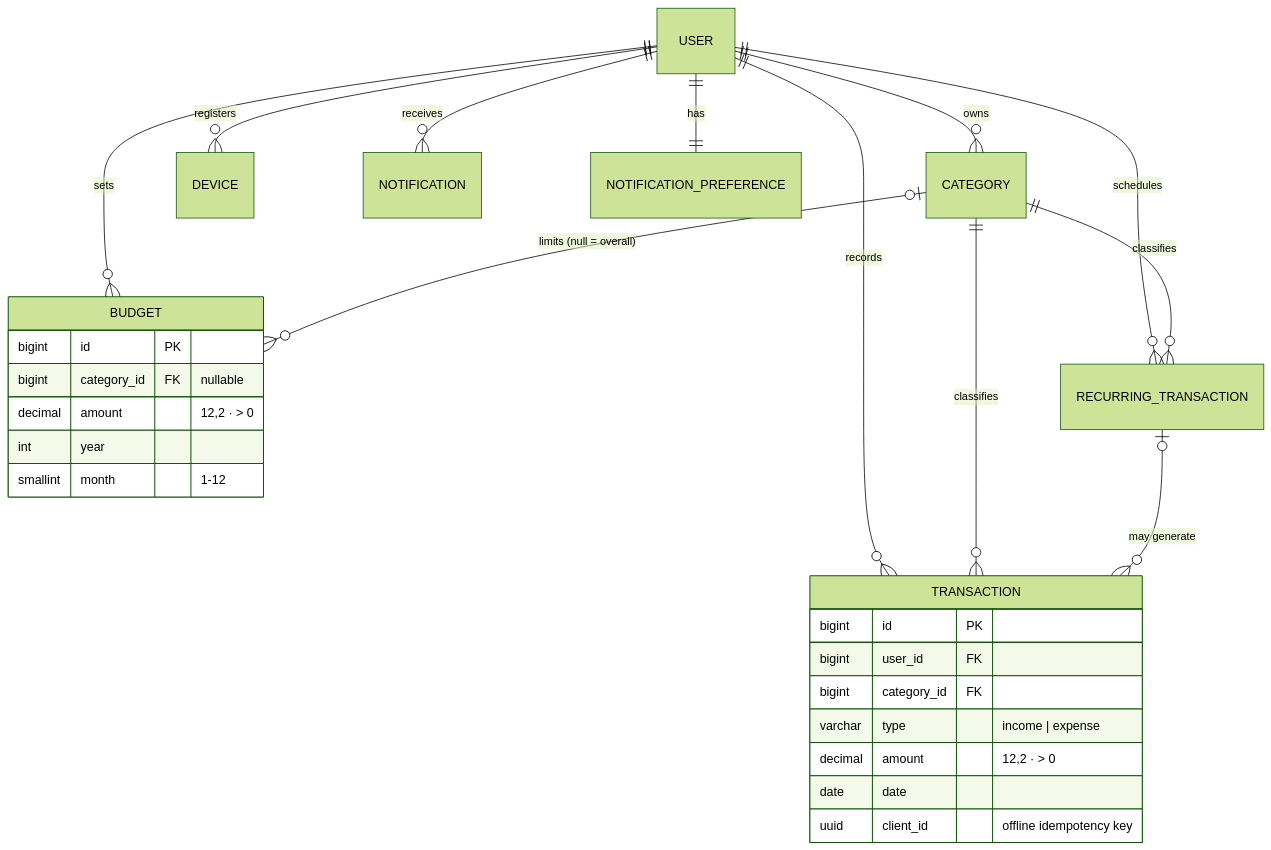
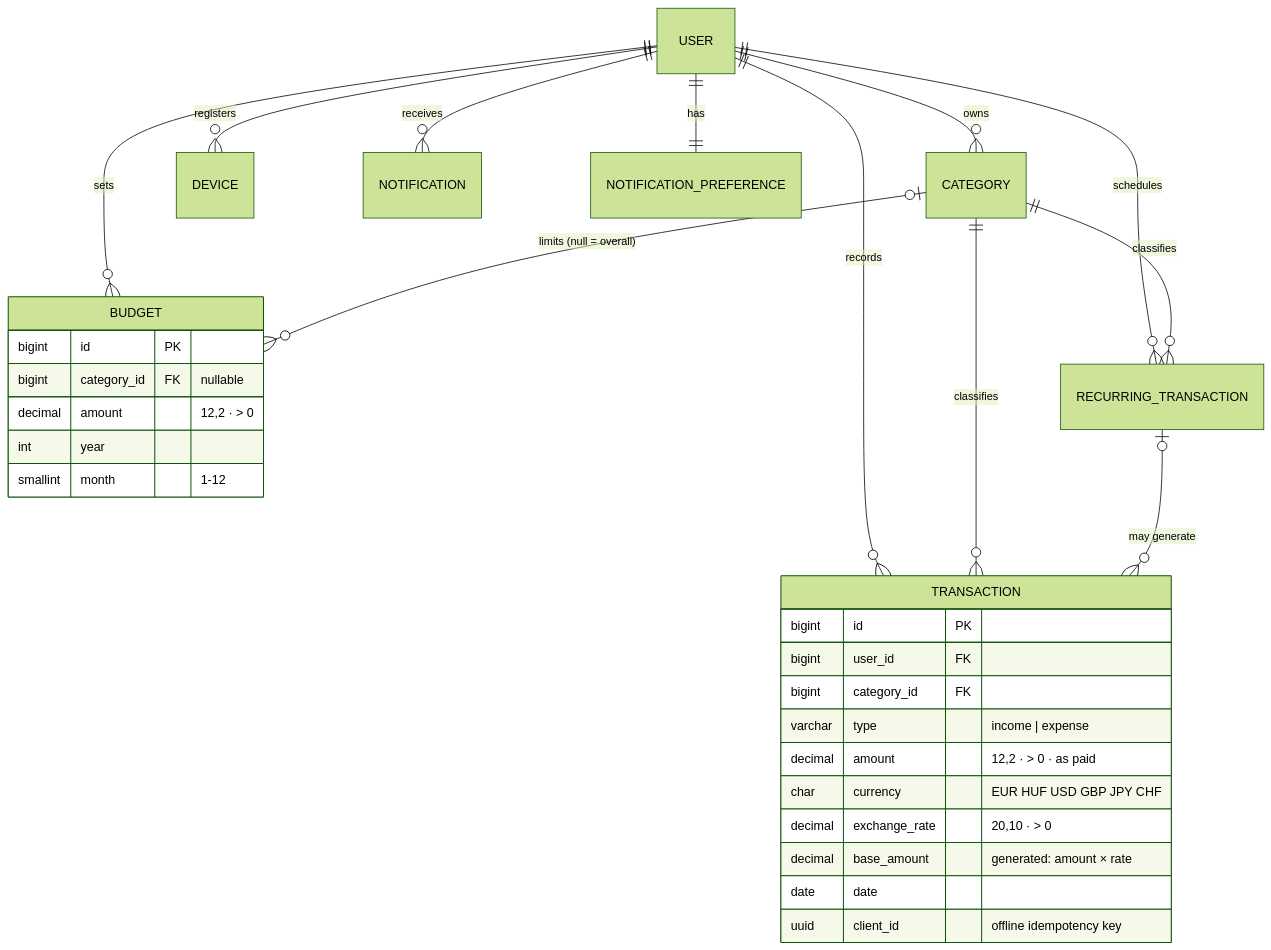
The second of 2 diagrams in README.md (Sziszko468/Wallex), drawn with Mermaid (forest theme) before and after one commit. The commit also changed other lines of this file and 132 other files, not shown here.

First line of the commit message:
feat: add currency handling and base currency selection

````diff
--- a/README.md
+++ b/README.md
@@ -256,31 +269,34 @@
 ```mermaid
 erDiagram
     USER ||--o{ CATEGORY : owns
     USER ||--o{ TRANSACTION : records
     USER ||--o{ BUDGET : sets
     USER ||--o{ RECURRING_TRANSACTION : schedules
     USER ||--o{ DEVICE : registers
     USER ||--o{ NOTIFICATION : receives
     USER ||--|| NOTIFICATION_PREFERENCE : has
     CATEGORY ||--o{ TRANSACTION : classifies
     CATEGORY ||--o{ RECURRING_TRANSACTION : classifies
     CATEGORY |o--o{ BUDGET : "limits (null = overall)"
     RECURRING_TRANSACTION |o--o{ TRANSACTION : "may generate"
 
     TRANSACTION {
         bigint id PK
         bigint user_id FK
         bigint category_id FK
         varchar type "income | expense"
-        decimal amount "12,2 · > 0"
+        decimal amount "12,2 · > 0 · as paid"
+        char currency "EUR HUF USD GBP JPY CHF"
+        decimal exchange_rate "20,10 · > 0"
+        decimal base_amount "generated: amount × rate"
         date date
         uuid client_id "offline idempotency key"
     }
     BUDGET {
         bigint id PK
         bigint category_id FK "nullable"
         decimal amount "12,2 · > 0"
         int year
         smallint month "1-12"
     }
 ```
````
